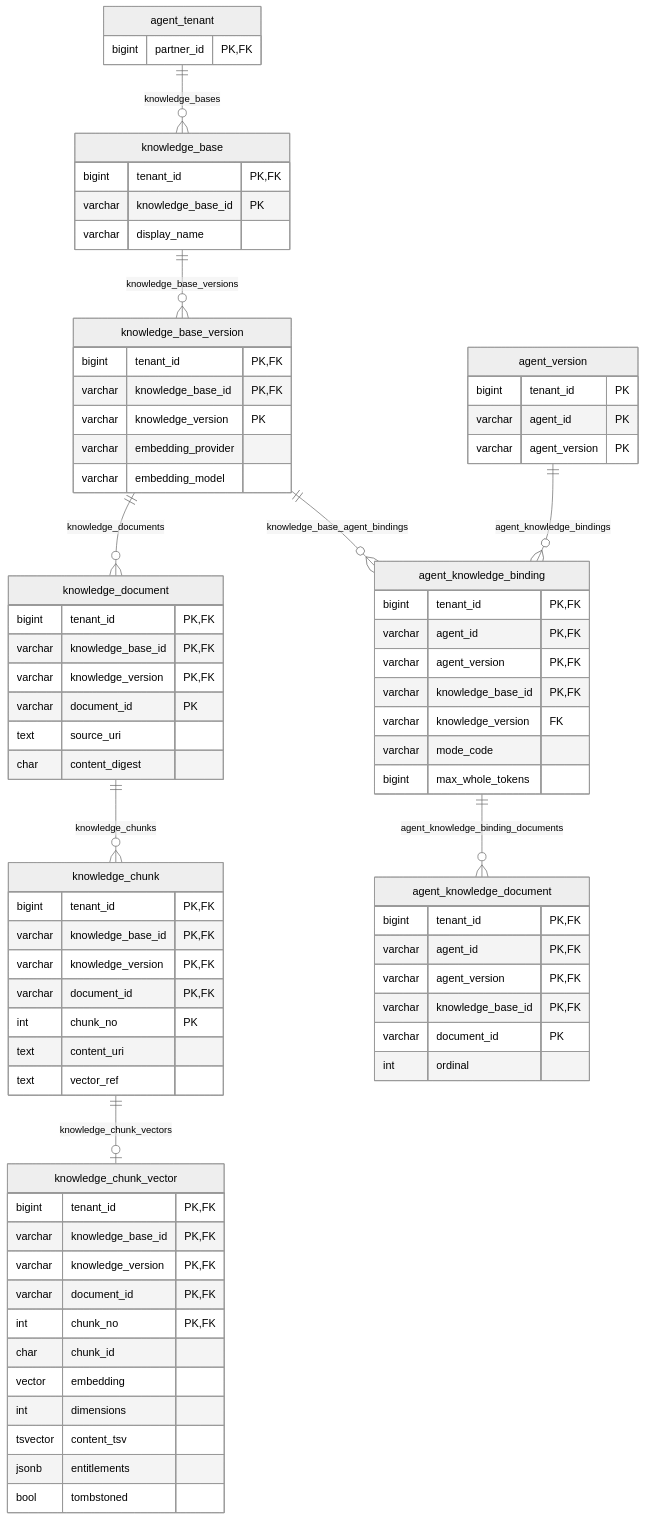
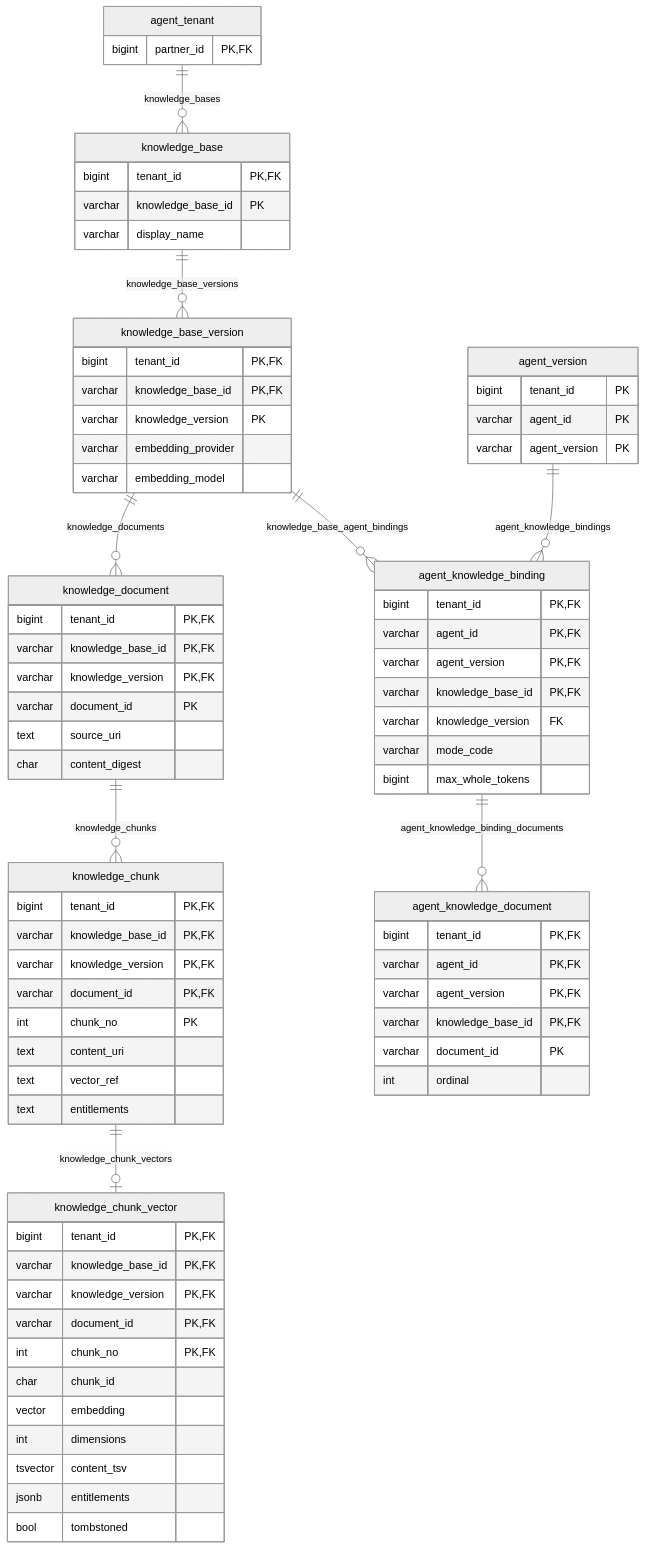
Before and after one commit to nauticana/scout: the tenth of 16 diagrams in doc/database.md, drawn with Mermaid (neutral theme). The commit also changed other lines of this file and 32 other files, not shown here.

````diff
--- a/doc/database.md
+++ b/doc/database.md
@@ -906,79 +906,80 @@
 ```mermaid
 erDiagram
     agent_tenant ||--o{ knowledge_base : knowledge_bases
     knowledge_base ||--o{ knowledge_base_version : knowledge_base_versions
     knowledge_base_version ||--o{ knowledge_document : knowledge_documents
     knowledge_document ||--o{ knowledge_chunk : knowledge_chunks
     knowledge_chunk ||--o| knowledge_chunk_vector : knowledge_chunk_vectors
     agent_version ||--o{ agent_knowledge_binding : agent_knowledge_bindings
     knowledge_base_version ||--o{ agent_knowledge_binding : knowledge_base_agent_bindings
     agent_knowledge_binding ||--o{ agent_knowledge_document : agent_knowledge_binding_documents
 
     agent_tenant {
         bigint partner_id PK,FK
     }
     agent_version {
         bigint tenant_id PK
         varchar agent_id PK
         varchar agent_version PK
     }
     knowledge_base {
         bigint tenant_id PK,FK
         varchar knowledge_base_id PK
         varchar display_name
     }
     knowledge_base_version {
         bigint tenant_id PK,FK
         varchar knowledge_base_id PK,FK
         varchar knowledge_version PK
         varchar embedding_provider
         varchar embedding_model
     }
     knowledge_document {
         bigint tenant_id PK,FK
         varchar knowledge_base_id PK,FK
         varchar knowledge_version PK,FK
         varchar document_id PK
         text source_uri
         char content_digest
     }
     knowledge_chunk {
         bigint tenant_id PK,FK
         varchar knowledge_base_id PK,FK
         varchar knowledge_version PK,FK
         varchar document_id PK,FK
         int chunk_no PK
         text content_uri
         text vector_ref
+        text entitlements
     }
     knowledge_chunk_vector {
         bigint tenant_id PK,FK
         varchar knowledge_base_id PK,FK
         varchar knowledge_version PK,FK
         varchar document_id PK,FK
         int chunk_no PK,FK
         char chunk_id
         vector embedding
         int dimensions
         tsvector content_tsv
         jsonb entitlements
         bool tombstoned
     }
     agent_knowledge_binding {
         bigint tenant_id PK,FK
         varchar agent_id PK,FK
         varchar agent_version PK,FK
         varchar knowledge_base_id PK,FK
         varchar knowledge_version FK
         varchar mode_code
         bigint max_whole_tokens
     }
     agent_knowledge_document {
         bigint tenant_id PK,FK
         varchar agent_id PK,FK
         varchar agent_version PK,FK
         varchar knowledge_base_id PK,FK
         varchar document_id PK
         int ordinal
     }
 ```
````
